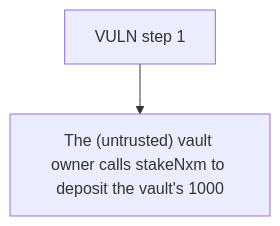
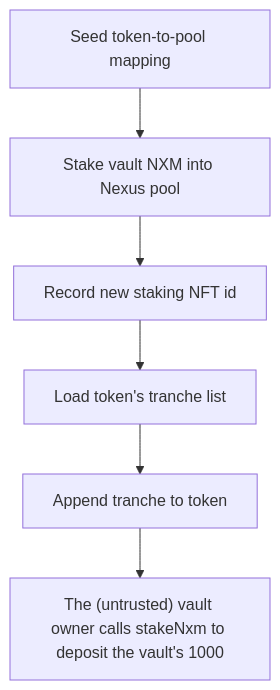
Before and after one commit to sanbir/evm-hack-registry: the diagram in 64080-h-2-the-vault-can-be-drained-sherlock-steth-by-easedefi-git_exp/64080-h-2-the-vault-can-be-drained-sherlock-steth-by-easedefi-git_exp.md, drawn with Mermaid. The commit also changed other lines of this file and 79 other files, not shown here.

````diff
--- a/64080-h-2-the-vault-can-be-drained-sherlock-steth-by-easedefi-git_exp/64080-h-2-the-vault-can-be-drained-sherlock-steth-by-easedefi-git_exp.md
+++ b/64080-h-2-the-vault-can-be-drained-sherlock-steth-by-easedefi-git_exp/64080-h-2-the-vault-can-be-drained-sherlock-steth-by-easedefi-git_exp.md
@@ -28,6 +28,14 @@
 ```mermaid
 flowchart TD
-  S0["VULN step 1"]
+  S0["Seed token-to-pool mapping"]
+  S1["Stake vault NXM into Nexus pool"]
+  S2["Record new staking NFT id"]
+  S3["Load token's tranche list"]
+  S4["Append tranche to token"]
   H["The (untrusted) vault owner calls stakeNxm to deposit the vault's 1000"]
-  S0 --> H
+  S0 --> S1
+  S1 --> S2
+  S2 --> S3
+  S3 --> S4
+  S4 --> H
 ```
````
